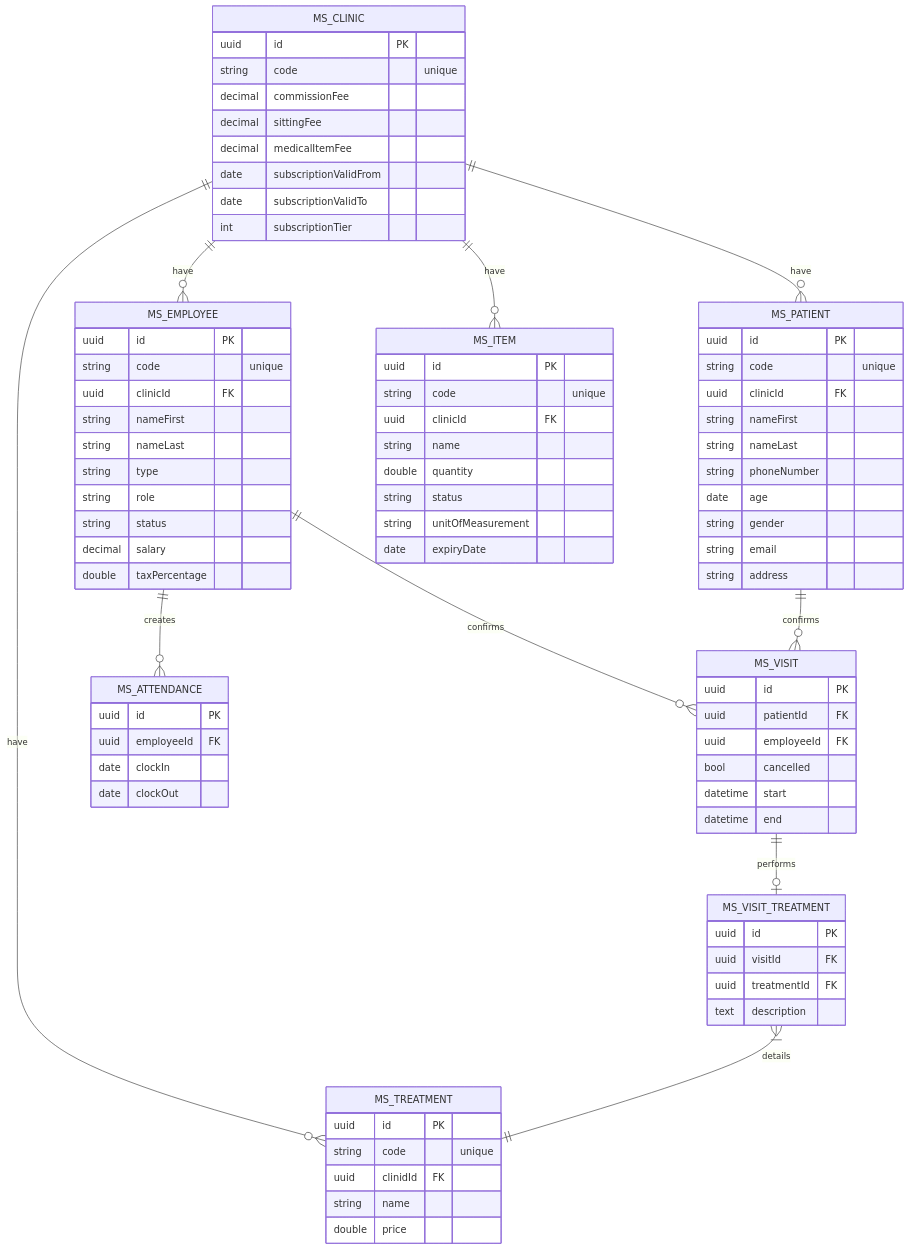
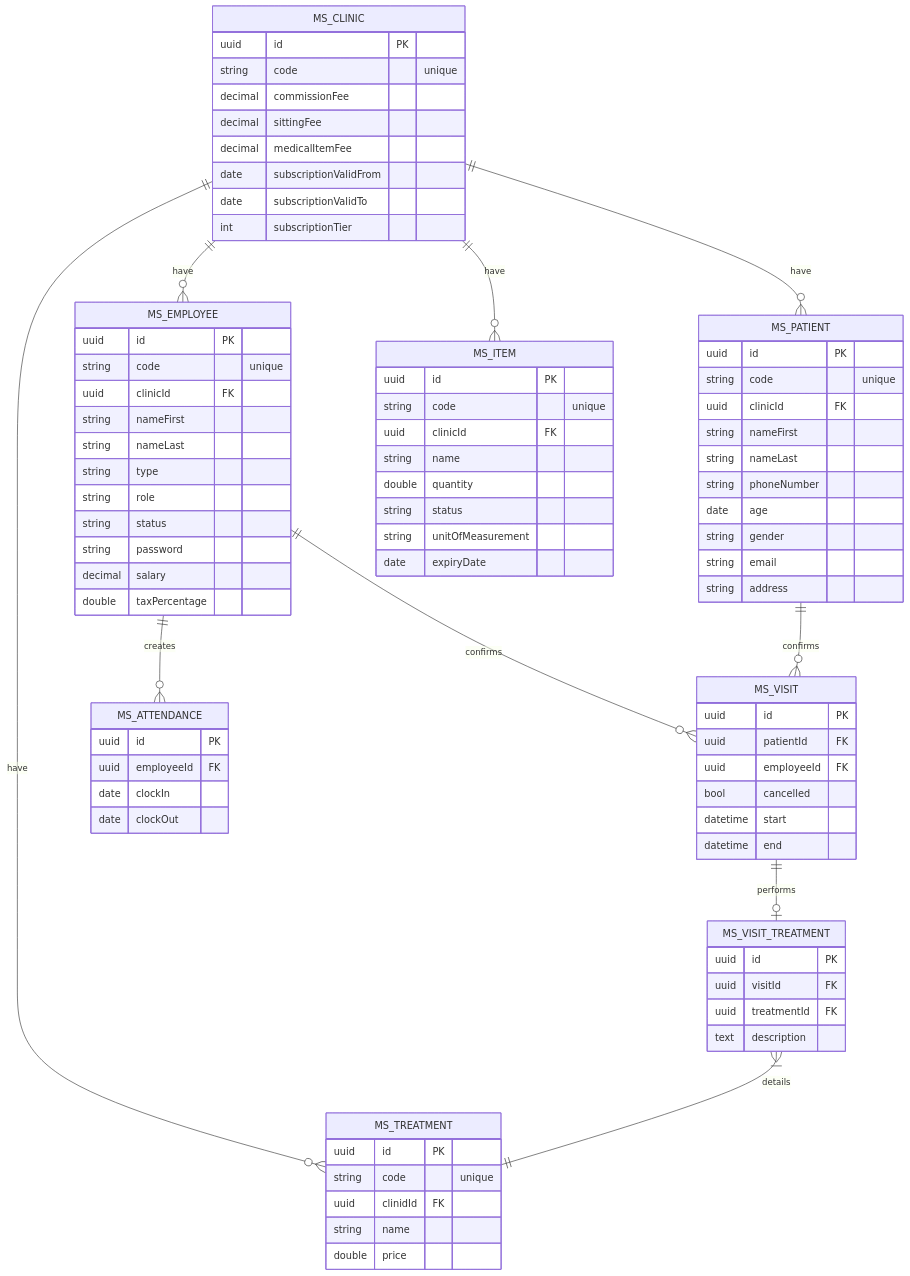
Before and after one commit to acemint/x-admin-backend: the diagram in docs/erd.md, drawn with Mermaid.

Commit message:
Update erd.md
add password column for employee

```diff
--- a/docs/erd.md
+++ b/docs/erd.md
@@ -29,6 +29,7 @@
         string type
         string role
         string status
+        string password
         decimal salary
         double taxPercentage
     }
```
